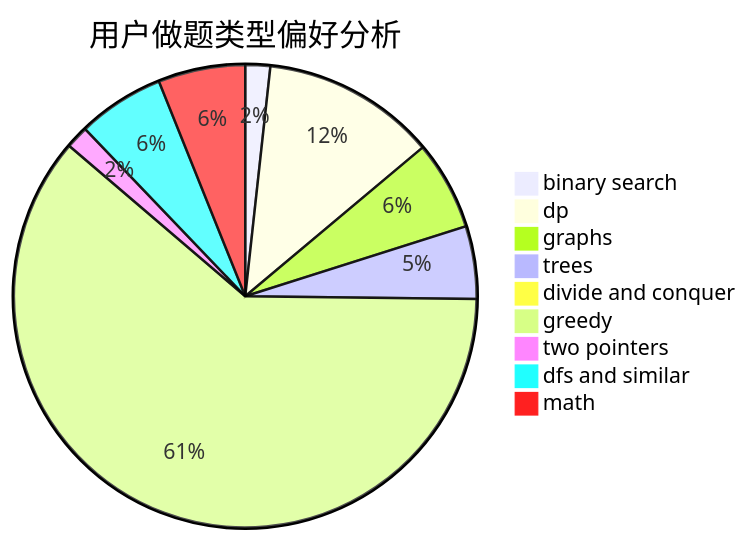
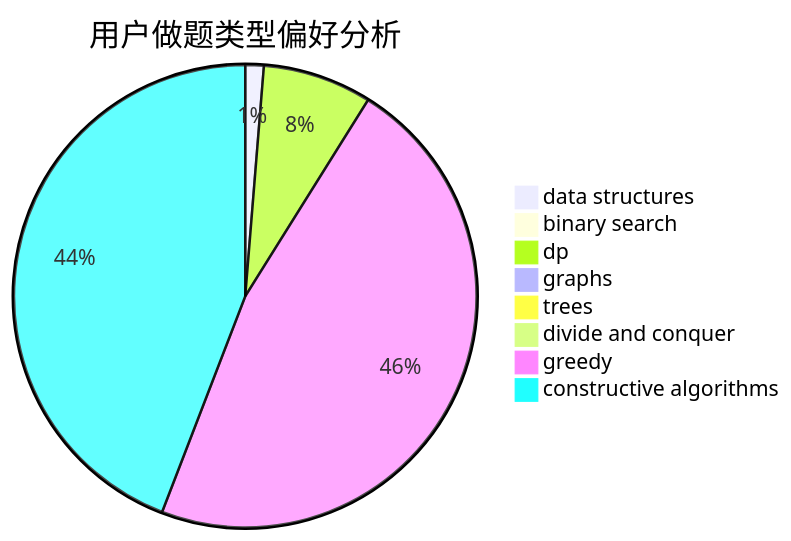
One commit to sherpahu/cfrs.github.io changed the second of 3 diagrams in docs/user/u1914.md. Above: the diagram before and after it, drawn with Mermaid. The commit also changed other lines of this file and 2775 other files, not shown here.

````diff
--- a/docs/user/u1914.md
+++ b/docs/user/u1914.md
@@ -23,12 +23,11 @@
 ```mermaid
 pie title 用户做题类型偏好分析
-    "binary search" :  12
-    "dp" :  84
-    "graphs" :  43
-    "trees" :  35
-    "divide and conquer" :  6
-    "greedy" :  422
-    "two pointers" :  11
-    "dfs and similar" :  42
-    "math" :  42
+    "data structures" :  11
+    "binary search" :  1
+    "dp" :  65
+    "graphs" :  6
+    "trees" :  3
+    "divide and conquer" :  0
+    "greedy" :  401
+    "constructive algorithms" :  377
 ```
````
